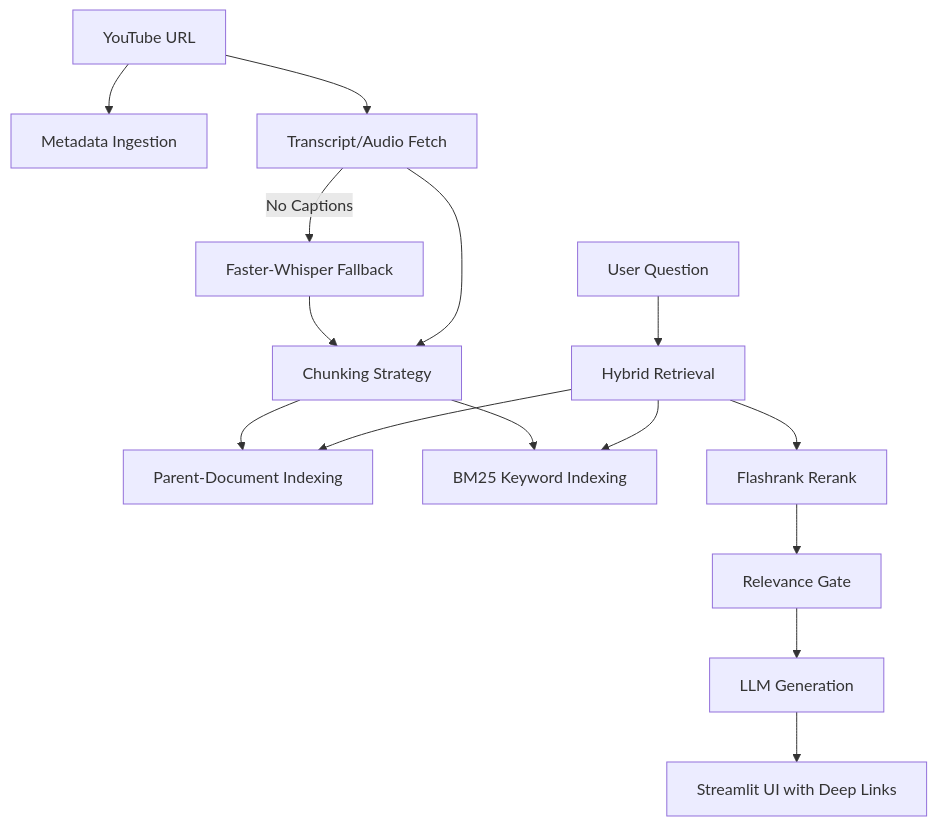
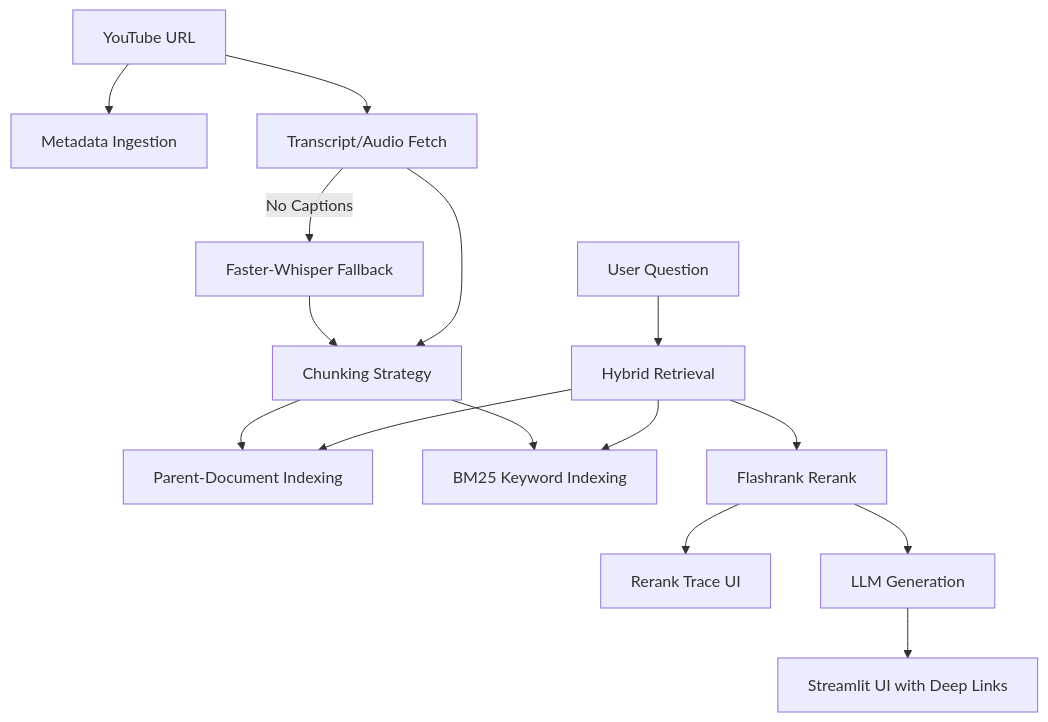
The diagram in README.md (shubh-bhateja/YT_CHATBOT-RAG), drawn with Mermaid before and after one commit. The commit also changed other lines of this file, not shown here.

````diff
--- a/README.md
+++ b/README.md
@@ -30,18 +31,18 @@
 ```mermaid
 graph TD
     URL[YouTube URL] --> META[Metadata Ingestion]
     URL --> TRAN[Transcript/Audio Fetch]
     TRAN --> |No Captions| WHIS[Faster-Whisper Fallback]
     WHIS --> CHUNKS[Chunking Strategy]
     TRAN --> CHUNKS
     CHUNKS --> PDR[Parent-Document Indexing]
     CHUNKS --> BM25[BM25 Keyword Indexing]
     
     USER[User Question] --> RET[Hybrid Retrieval]
     RET --> BM25
     RET --> PDR
     RET --> RERANK[Flashrank Rerank]
-    RERANK --> GATE[Relevance Gate]
-    GATE --> LLM[LLM Generation]
+    RERANK --> TRACE[Rerank Trace UI]
+    RERANK --> LLM[LLM Generation]
     LLM --> UI[Streamlit UI with Deep Links]
 ```
````
